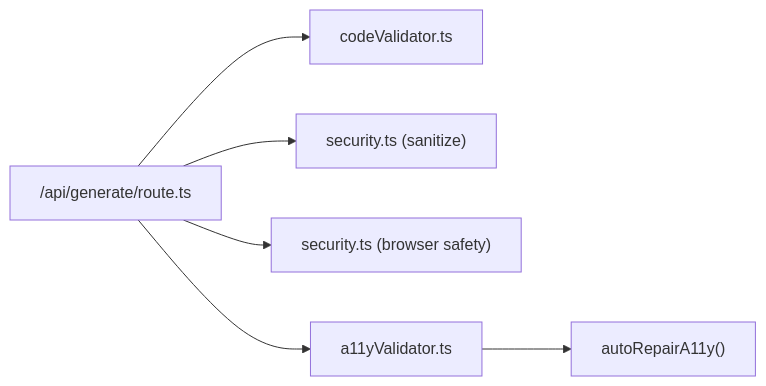
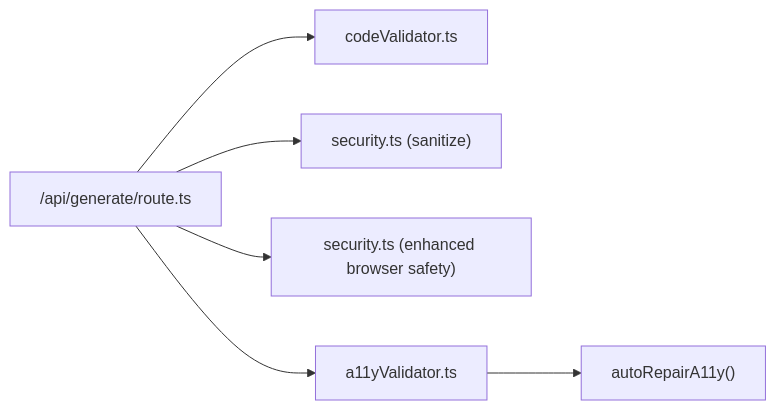
One commit to shekhargiri005-dotcom/AI-powered-accessibility-first-UI-engine changed the eighth of 8 diagrams in .qoder/repowiki/en/content/Validation & Quality Assurance/Browser Safety Validation.md. Above: the diagram before and after it, drawn with Mermaid. The commit also changed other lines of this file and 6 other files, not shown here.

````diff
--- a/.qoder/repowiki/en/content/Validation & Quality Assurance/Browser Safety Validation.md
+++ b/.qoder/repowiki/en/content/Validation & Quality Assurance/Browser Safety Validation.md
@@ -304,8 +331,8 @@
 ```mermaid
 graph LR
 R["/api/generate/route.ts"] --> CV["codeValidator.ts"]
 R --> SC["security.ts (sanitize)"]
-R --> SB["security.ts (browser safety)"]
+R --> SB["security.ts (enhanced browser safety)"]
 R --> AV["a11yValidator.ts"]
 AV --> AR["autoRepairA11y()"]
 ```
````
